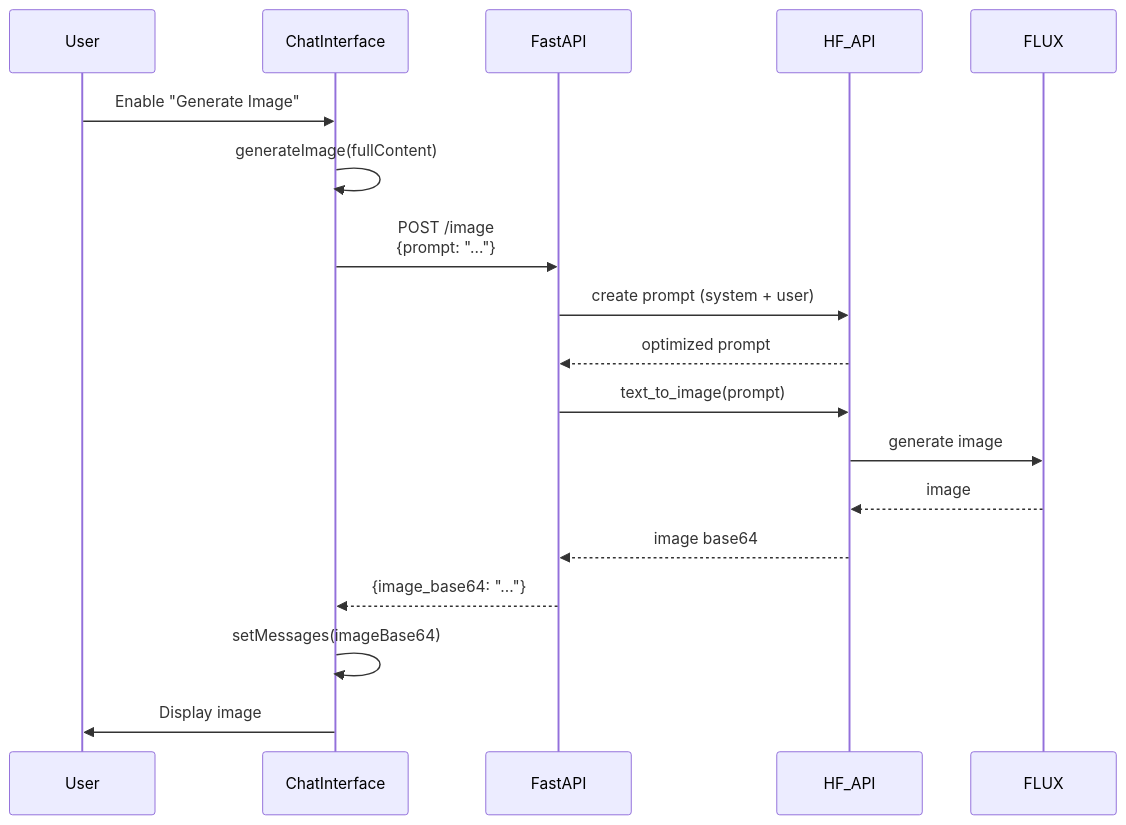
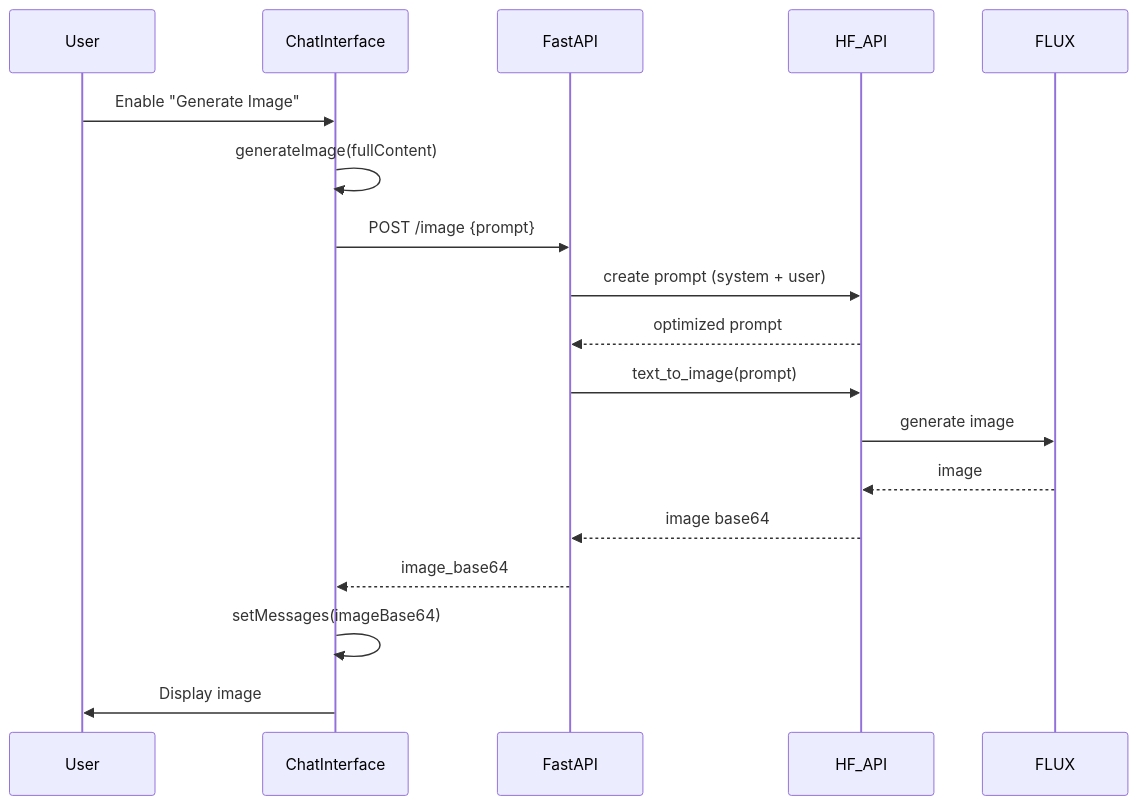
One commit to AdeelAtta/chatbot-for-heritage changed the second of 2 diagrams in docs/architecture/low-level/sequence-chat.md. Above: the diagram before and after it, drawn with Mermaid. The commit also changed other lines of this file and 4 other files, not shown here.

Commit message:
fix: improve formatting and clarity in architecture diagrams and sequence flow

````diff
--- a/docs/architecture/low-level/sequence-chat.md
+++ b/docs/architecture/low-level/sequence-chat.md
@@ -38,26 +38,26 @@
 ```mermaid
 sequenceDiagram
     participant User
     participant ChatInterface
     participant FastAPI
     participant HF_API
     participant FLUX
 
     User->>ChatInterface: Enable "Generate Image"
     ChatInterface->>ChatInterface: generateImage(fullContent)
-    
-    ChatInterface->>FastAPI: POST /image<br/>{prompt: "..."}
-    
+
+    ChatInterface->>FastAPI: POST /image {prompt}
+
     FastAPI->>HF_API: create prompt (system + user)
     HF_API-->>FastAPI: optimized prompt
-    
+
     FastAPI->>HF_API: text_to_image(prompt)
     HF_API->>FLUX: generate image
     FLUX-->>HF_API: image
-    
+
     HF_API-->>FastAPI: image base64
-    FastAPI-->>ChatInterface: {image_base64: "..."}
-    
+    FastAPI-->>ChatInterface: image_base64
+
     ChatInterface->>ChatInterface: setMessages(imageBase64)
     ChatInterface->>User: Display image
 ```
````
